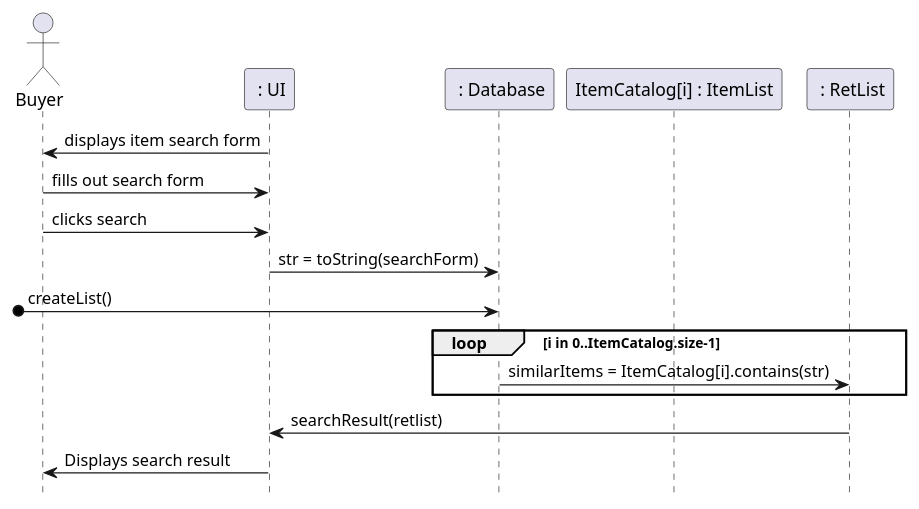
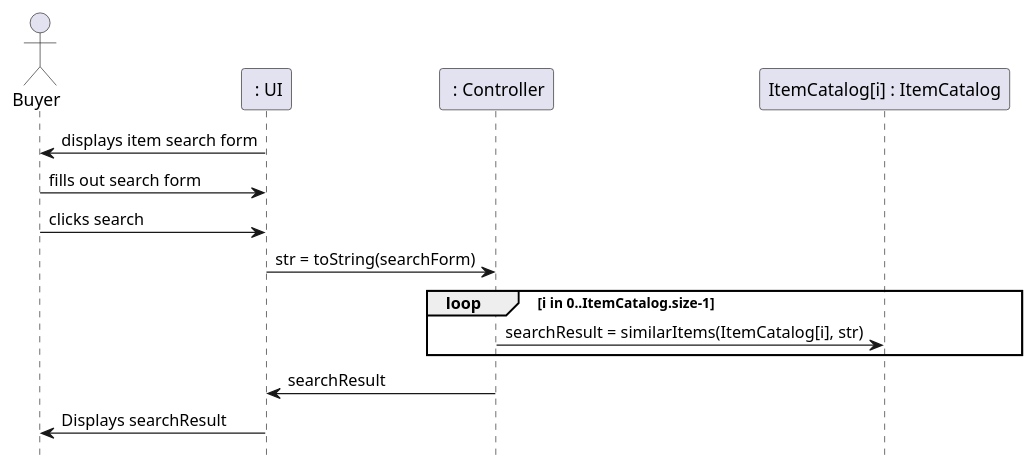
The second of 3 diagrams in Phase2/design.md (remyben-creator/Marketplace-Application), drawn with PlantUML before and after one commit. The commit also changed other lines of this file, not shown here.

Commit message:
finalized sequence diagrams and edited design class diagram

````diff
--- a/Phase2/design.md
+++ b/Phase2/design.md
@@ -41,22 +59,19 @@
 ```plantuml
 hide footbox
 actor Buyer as buyer
 participant " : UI" as ui
-participant " : Database" as database
-participant "ItemCatalog[i] : ItemList" as itemlist
-participant " : RetList" as retlist
-
+participant " : Controller" as controller
+participant "ItemCatalog[i] : ItemCatalog" as itemcatalog
 
 ui -> buyer : displays item search form 
 buyer -> ui : fills out search form
 buyer -> ui : clicks search
-ui -> database : str = toString(searchForm)
-[o-> database : createList()
+ui -> controller : str = toString(searchForm)
 loop i in 0..ItemCatalog.size-1
-    database -> retlist : similarItems = ItemCatalog[i].contains(str)
+    controller -> itemcatalog : searchResult = similarItems(ItemCatalog[i], str)
 end
-retlist -> ui : searchResult(retlist)
-ui -> buyer : Displays search result
+controller -> ui : searchResult
+ui -> buyer : Displays searchResult
 
 
 ```
````
